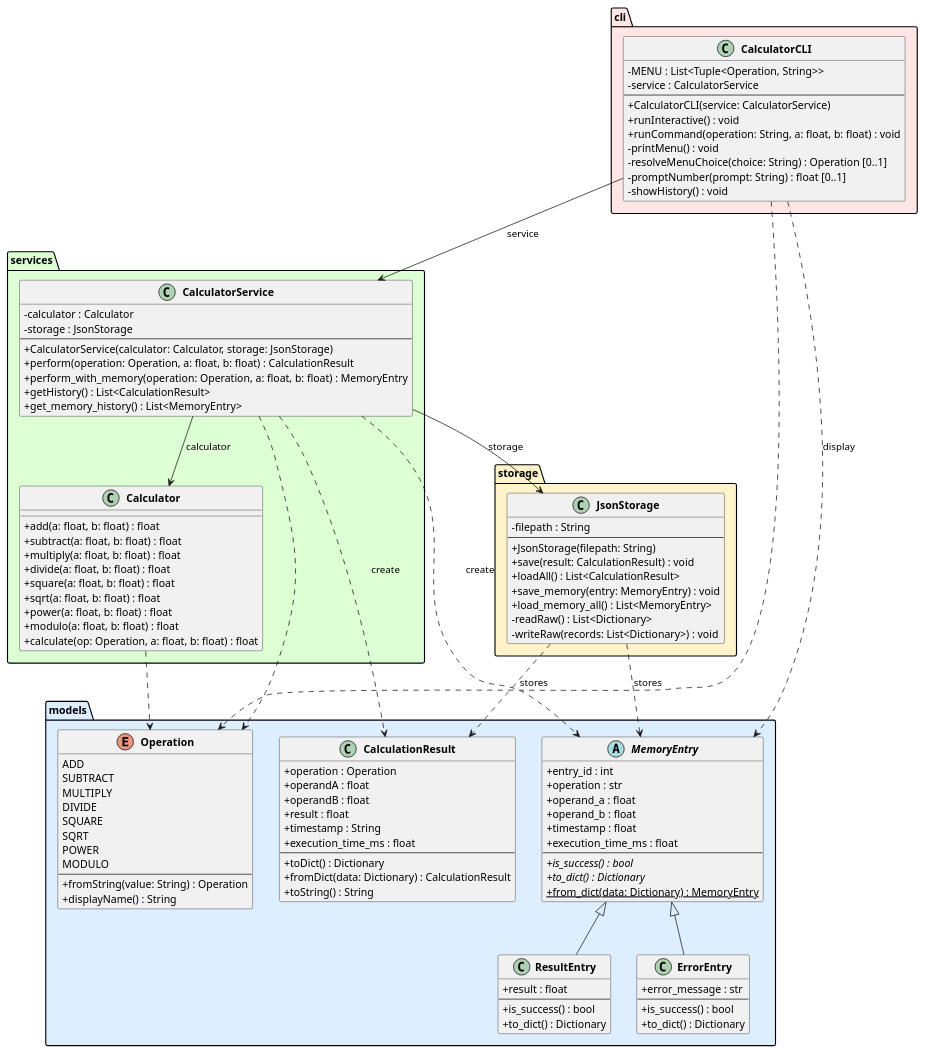
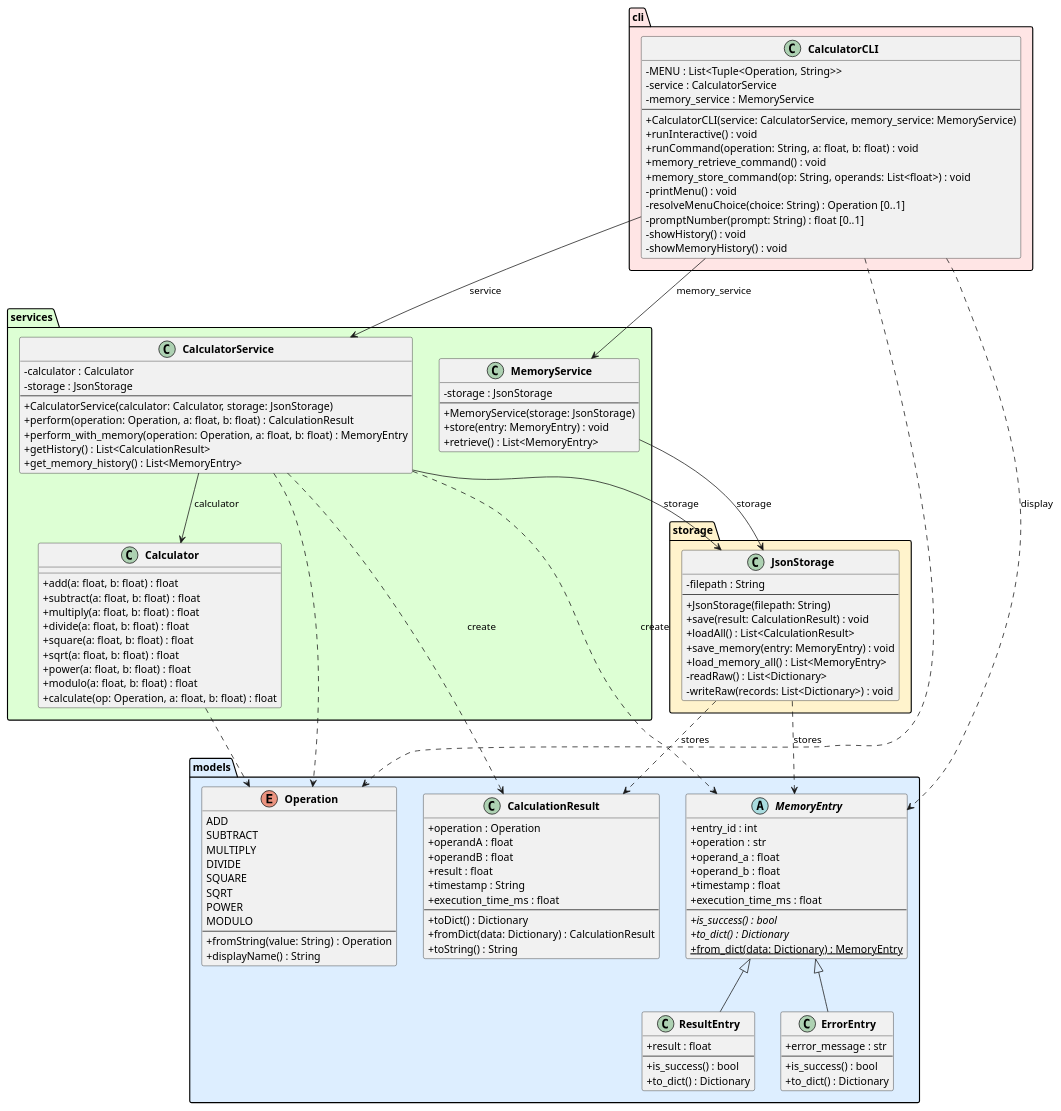
The diagram in experiments/broadcast/user_stories/calculator/artifacts/class_diagram.puml (DanielRiha8906/Software_autoevolution_using_agents), drawn with PlantUML before and after one commit. The commit also changed 11 other files, not shown here.

First line of the commit message:
Task 04: Create MemoryService for managing calculation history

```diff
--- a/experiments/broadcast/user_stories/calculator/artifacts/class_diagram.puml
+++ b/experiments/broadcast/user_stories/calculator/artifacts/class_diagram.puml
@@ -1,132 +1,146 @@
 @startuml class_diagram
 
 skinparam classAttributeIconSize 0
 skinparam classFontStyle bold
 
 package "models" #DDEEFF {
     enum Operation {
         ADD
         SUBTRACT
         MULTIPLY
         DIVIDE
         SQUARE
         SQRT
         POWER
         MODULO
         --
         +fromString(value: String) : Operation
         +displayName() : String
     }
 
     class CalculationResult {
         +operation : Operation
         +operandA : float
         +operandB : float
         +result : float
         +timestamp : String
         +execution_time_ms : float
         --
         +toDict() : Dictionary
         +fromDict(data: Dictionary) : CalculationResult
         +toString() : String
     }
 
     abstract class MemoryEntry {
         +entry_id : int
         +operation : str
         +operand_a : float
         +operand_b : float
         +timestamp : float
         +execution_time_ms : float
         --
         +is_success() : bool {abstract}
         +to_dict() : Dictionary {abstract}
         +from_dict(data: Dictionary) : MemoryEntry {static}
     }
 
     class ResultEntry {
         +result : float
         --
         +is_success() : bool
         +to_dict() : Dictionary
     }
 
     class ErrorEntry {
         +error_message : str
         --
         +is_success() : bool
         +to_dict() : Dictionary
     }
 
     MemoryEntry <|-- ResultEntry
     MemoryEntry <|-- ErrorEntry
 }
 
 package "services" #DDFFD4 {
     class Calculator {
         +add(a: float, b: float) : float
         +subtract(a: float, b: float) : float
         +multiply(a: float, b: float) : float
         +divide(a: float, b: float) : float
         +square(a: float, b: float) : float
         +sqrt(a: float, b: float) : float
         +power(a: float, b: float) : float
         +modulo(a: float, b: float) : float
         +calculate(op: Operation, a: float, b: float) : float
     }
 
     class CalculatorService {
         -calculator : Calculator
         -storage : JsonStorage
         --
         +CalculatorService(calculator: Calculator, storage: JsonStorage)
         +perform(operation: Operation, a: float, b: float) : CalculationResult
         +perform_with_memory(operation: Operation, a: float, b: float) : MemoryEntry
         +getHistory() : List<CalculationResult>
         +get_memory_history() : List<MemoryEntry>
     }
+
+    class MemoryService {
+        -storage : JsonStorage
+        --
+        +MemoryService(storage: JsonStorage)
+        +store(entry: MemoryEntry) : void
+        +retrieve() : List<MemoryEntry>
+    }
 }
 
 package "storage" #FFF3CC {
     class JsonStorage {
         -filepath : String
         --
         +JsonStorage(filepath: String)
         +save(result: CalculationResult) : void
         +loadAll() : List<CalculationResult>
         +save_memory(entry: MemoryEntry) : void
         +load_memory_all() : List<MemoryEntry>
         -readRaw() : List<Dictionary>
         -writeRaw(records: List<Dictionary>) : void
     }
 }
 
 package "cli" #FFE5E5 {
     class CalculatorCLI {
         -MENU : List<Tuple<Operation, String>>
         -service : CalculatorService
+        -memory_service : MemoryService
         --
-        +CalculatorCLI(service: CalculatorService)
+        +CalculatorCLI(service: CalculatorService, memory_service: MemoryService)
         +runInteractive() : void
         +runCommand(operation: String, a: float, b: float) : void
+        +memory_retrieve_command() : void
+        +memory_store_command(op: String, operands: List<float>) : void
         -printMenu() : void
         -resolveMenuChoice(choice: String) : Operation [0..1]
         -promptNumber(prompt: String) : float [0..1]
         -showHistory() : void
+        -showMemoryHistory() : void
     }
 }
 
 CalculatorCLI --> CalculatorService : service
+CalculatorCLI --> MemoryService : memory_service
 CalculatorService --> Calculator : calculator
 CalculatorService --> JsonStorage : storage
+MemoryService --> JsonStorage : storage
 
 CalculatorService ..> CalculationResult : create
 CalculatorService ..> MemoryEntry : create
 CalculatorService ..> Operation
 CalculatorCLI ..> Operation
 CalculatorCLI ..> MemoryEntry : display
 Calculator ..> Operation
 JsonStorage ..> CalculationResult : stores
 JsonStorage ..> MemoryEntry : stores
 
 @enduml
```
